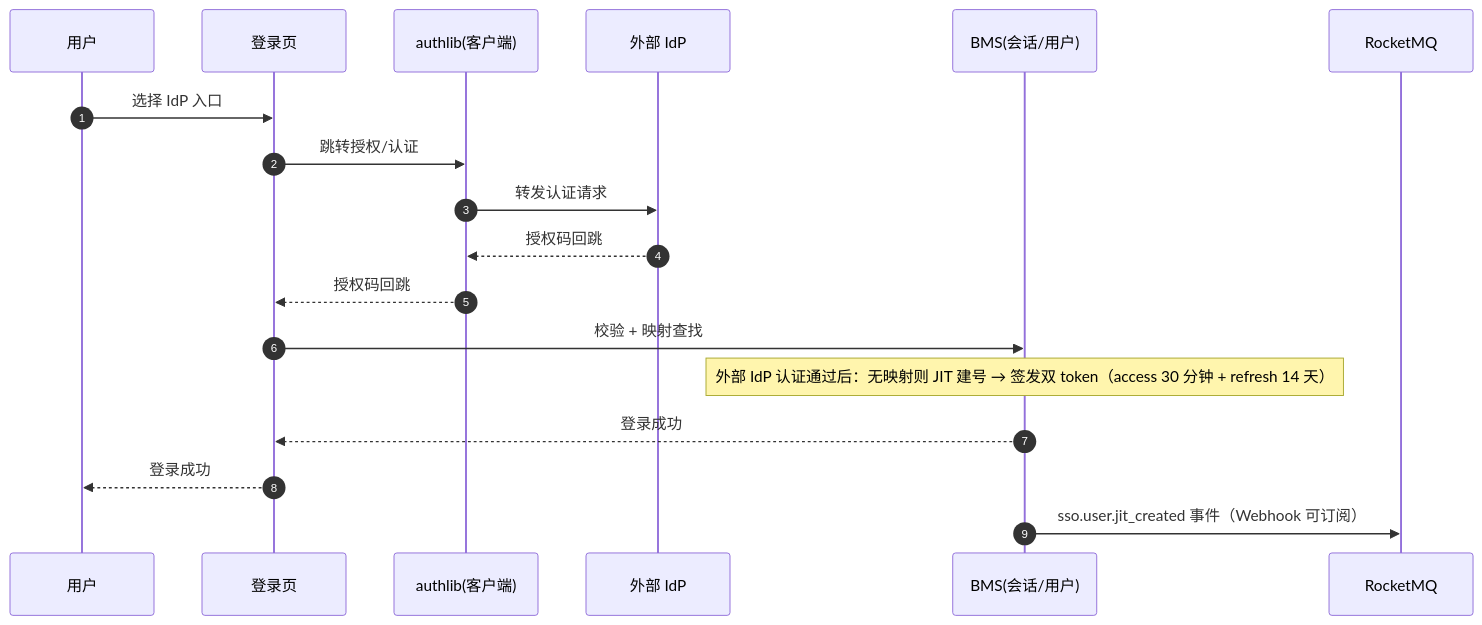
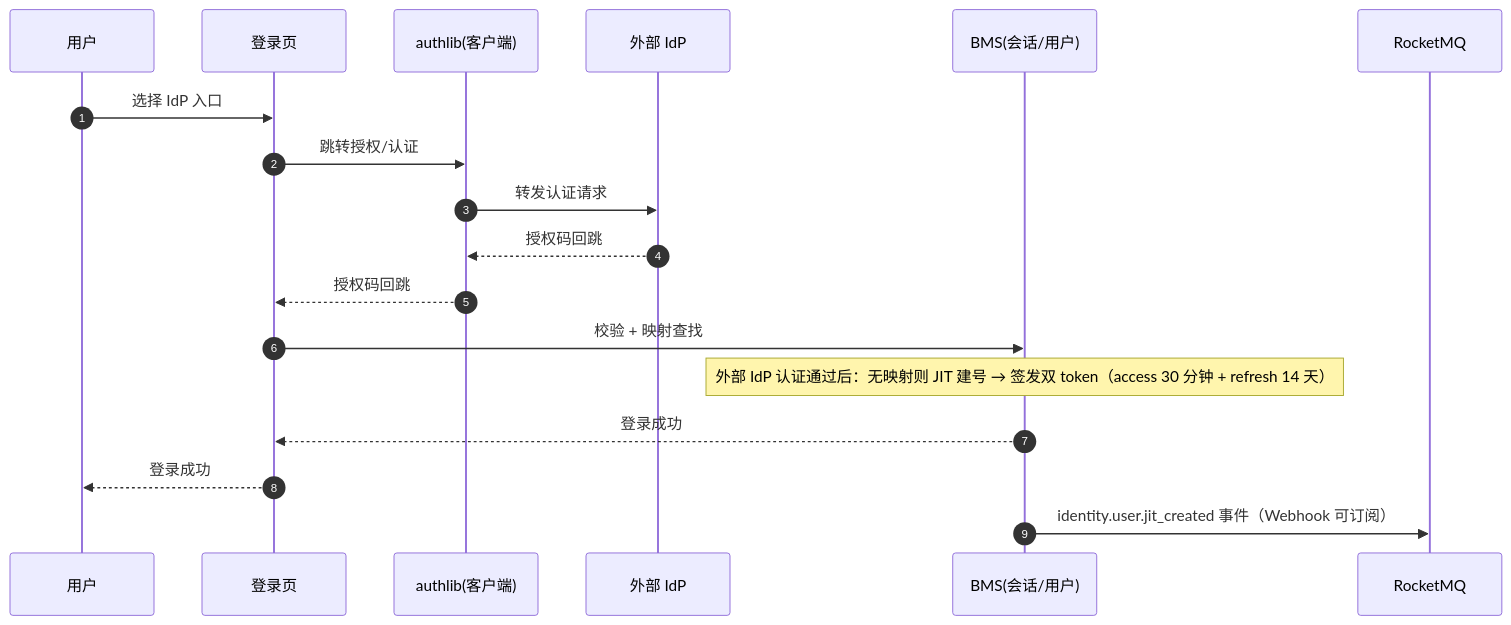
Before and after one commit to minjian123/basic-management-system: the diagram in bms文档/设计/概要设计/26_概要设计_身份认证SSO.md, drawn with Mermaid. The commit also changed other lines of this file and 28 other files, not shown here.

````diff
--- a/bms文档/设计/概要设计/26_概要设计_身份认证SSO.md
+++ b/bms文档/设计/概要设计/26_概要设计_身份认证SSO.md
@@ -48,21 +48,21 @@
 ```mermaid
 sequenceDiagram
     autonumber
     participant 用户
     participant 登录页
     participant authlib as authlib(客户端)
     participant IdP as 外部 IdP
     participant BMS as BMS(会话/用户)
     participant MQ as RocketMQ
 
     用户->>登录页: 选择 IdP 入口
     登录页->>authlib: 跳转授权/认证
     authlib->>IdP: 转发认证请求
     IdP-->>authlib: 授权码回跳
     authlib-->>登录页: 授权码回跳
     登录页->>BMS: 校验 + 映射查找
     Note over BMS: 外部 IdP 认证通过后：无映射则 JIT 建号 → 签发双 token（access 30 分钟 + refresh 14 天）
     BMS-->>登录页: 登录成功
     登录页-->>用户: 登录成功
-    BMS->>MQ: sso.user.jit_created 事件（Webhook 可订阅）
+    BMS->>MQ: identity.user.jit_created 事件（Webhook 可订阅）
 ```
````
